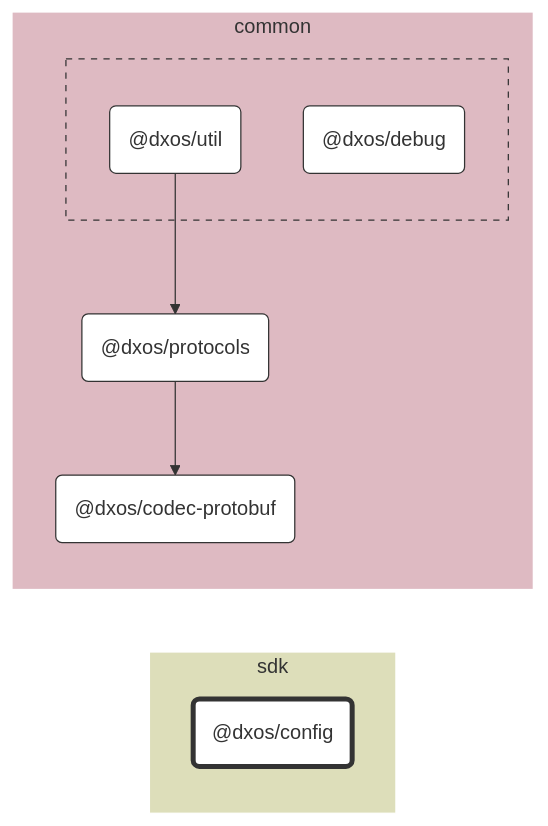
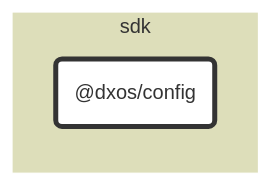
One commit to dxos/dxos changed the diagram in packages/sdk/config/docs/README.md. Above: the diagram before and after it, drawn with Mermaid. The commit also changed 84 other files, not shown here.

````diff
--- a/packages/sdk/config/docs/README.md
+++ b/packages/sdk/config/docs/README.md
@@ -7,49 +7,20 @@
 ```mermaid
 %%{ init: {'flowchart':{'curve':'basis'}} }%%
 
 flowchart LR
 
-%% Links
-dxos/protocols --> dxos/codec-protobuf;
-dxos/util --> dxos/protocols;
+%% Classes
+classDef default fill:#fff,stroke:#333,stroke-width:1px
+classDef root fill:#fff,stroke:#333,stroke-width:4px
 
-%% Sections
-subgraph sdk
-  style sdk fill:#dddeba,stroke:#fff;
+%% Nodes
 
-  dxos/config("@dxos/config")
+subgraph sdk [sdk]
+  style sdk fill:#dddeba,stroke:#fff
+  dxos/config("@dxos/config"):::root
+  click dxos/config "dxos/dxos/tree/main/packages/sdk/config/docs"
 end
 
-subgraph common
-  style common fill:#debac2,stroke:#fff;
-
-  dxos/codec-protobuf("@dxos/codec-protobuf")
-  dxos/protocols("@dxos/protocols")
-
-  subgraph common-excluded [ ]
-    style common-excluded fill:#debac2,stroke:#333,stroke-dasharray:5 5;
-
-    dxos/debug("@dxos/debug")
-    dxos/util("@dxos/util")
-  end
-end
-
-
-%% Hyperlinks
-click dxos/codec-protobuf "dxos/dxos/tree/main/packages/common/codec-protobuf/docs";
-click dxos/debug "dxos/dxos/tree/main/packages/common/debug/docs";
-click dxos/protocols "dxos/dxos/tree/main/packages/common/protocols/docs";
-click dxos/util "dxos/dxos/tree/main/packages/common/util/docs";
-
-%% Styles
-classDef rootNode fill:#fff,stroke:#333,stroke-width:4px
-classDef defaultNode fill:#fff,stroke:#333,stroke-width:1px
+%% Links
 linkStyle default stroke:#333,stroke-width:1px
-
-dxos/config:::rootNode
-
-dxos/codec-protobuf:::defaultNode
-dxos/debug:::defaultNode
-dxos/protocols:::defaultNode
-dxos/util:::defaultNode
 ```
````
